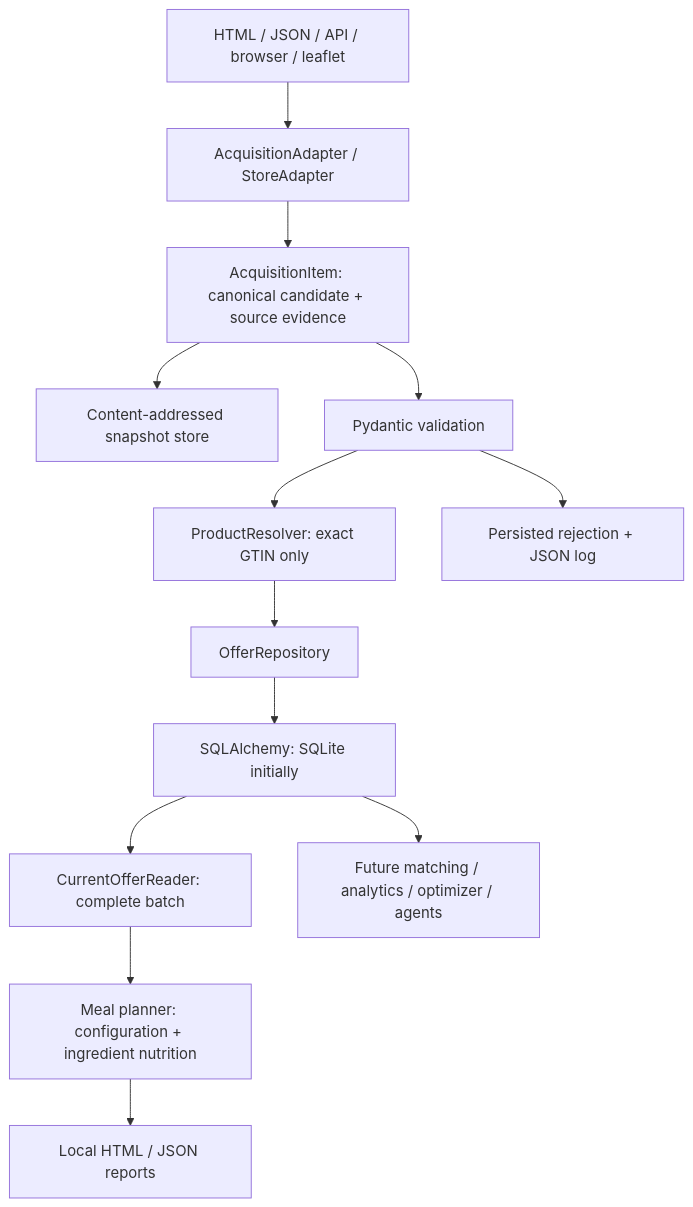
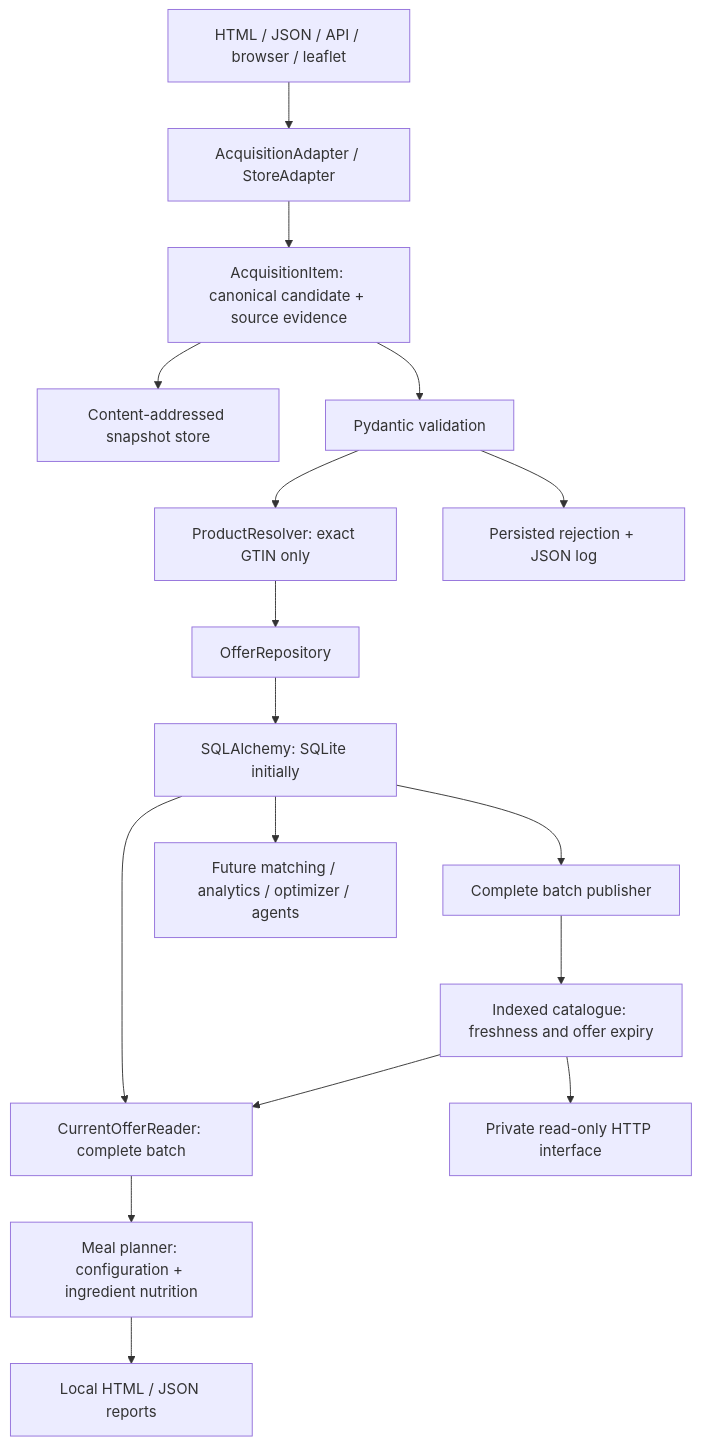
One commit to vaclavkouril/grocery-agent changed the diagram in docs/architecture.md. Above: the diagram before and after it, drawn with Mermaid. The commit also changed other lines of this file and 13 other files, not shown here.

````diff
--- a/docs/architecture.md
+++ b/docs/architecture.md
@@ -3,15 +3,19 @@
 ```mermaid
 flowchart TD
     Source[HTML / JSON / API / browser / leaflet] --> Adapter[AcquisitionAdapter / StoreAdapter]
     Adapter --> Item[AcquisitionItem: canonical candidate + source evidence]
     Item --> Snapshot[Content-addressed snapshot store]
     Item --> Validate[Pydantic validation]
     Validate --> Resolve[ProductResolver: exact GTIN only]
     Resolve --> Repo[OfferRepository]
     Repo --> SQL[SQLAlchemy: SQLite initially]
     SQL --> Reader[CurrentOfferReader: complete batch]
+    SQL --> Publish[Complete batch publisher]
+    Publish --> Cache[Indexed catalogue: freshness and offer expiry]
+    Cache --> API[Private read-only HTTP interface]
+    Cache --> Reader
     Reader --> Meals[Meal planner: configuration + ingredient nutrition]
     Meals --> Reports[Local HTML / JSON reports]
     SQL --> Future[Future matching / analytics / optimizer / agents]
     Validate --> Reject[Persisted rejection + JSON log]
 ```
````
